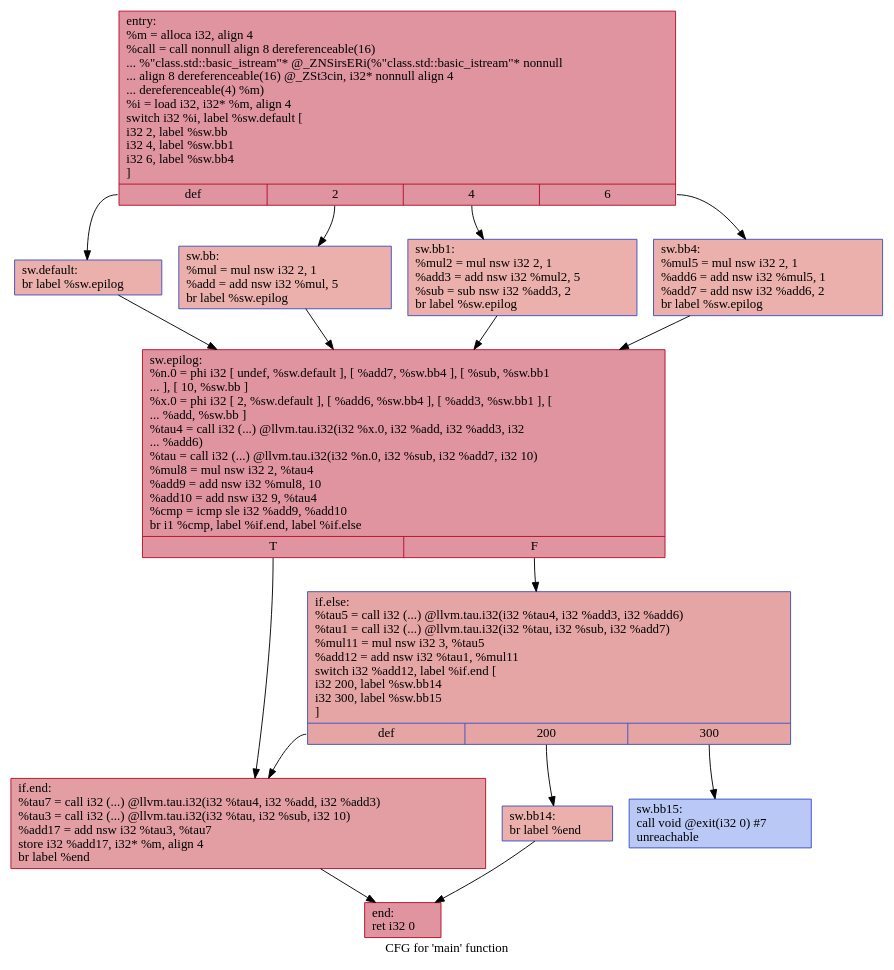
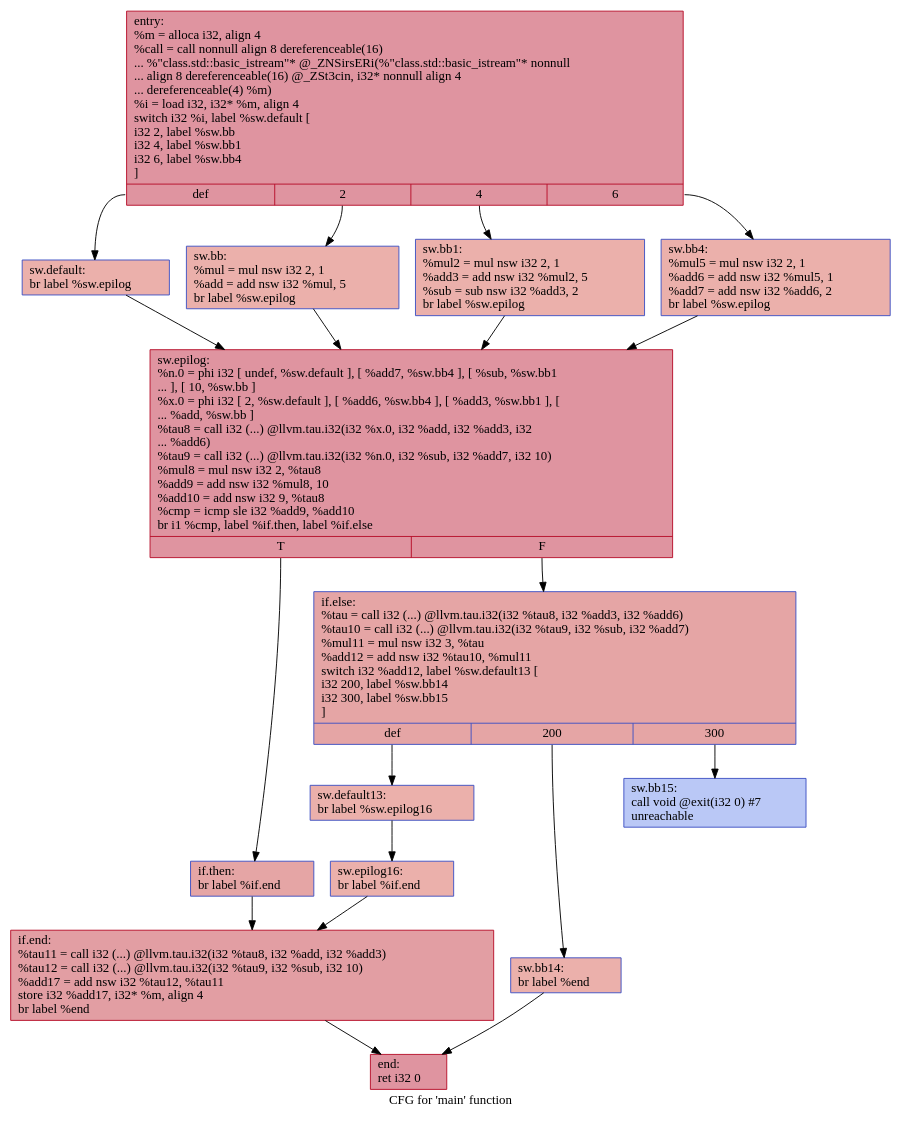
Before and after one commit to HPSSA-LLVM/HPSSA-LLVM: the diagram in IR/cfg/afterHPSSA.dot, drawn with Graphviz. The commit also changed 22 other files, not shown here.

```diff
--- a/IR/cfg/afterHPSSA.dot
+++ b/IR/cfg/afterHPSSA.dot
@@ -1,30 +1,36 @@
 digraph "CFG for 'main' function" {
 	label="CFG for 'main' function";
 
-	Node0x556ba44c41b0 [shape=record,color="#b70d28ff", style=filled, fillcolor="#b70d2870",label="{entry:\l  %m = alloca i32, align 4\l  %call = call nonnull align 8 dereferenceable(16)\l... %\"class.std::basic_istream\"* @_ZNSirsERi(%\"class.std::basic_istream\"* nonnull\l... align 8 dereferenceable(16) @_ZSt3cin, i32* nonnull align 4\l... dereferenceable(4) %m)\l  %i = load i32, i32* %m, align 4\l  switch i32 %i, label %sw.default [\l    i32 2, label %sw.bb\l    i32 4, label %sw.bb1\l    i32 6, label %sw.bb4\l  ]\l|{<s0>def|<s1>2|<s2>4|<s3>6}}"];
-	Node0x556ba44c41b0:s0 -> Node0x556ba44c45f0;
-	Node0x556ba44c41b0:s1 -> Node0x556ba44c4700;
-	Node0x556ba44c41b0:s2 -> Node0x556ba44c4800;
-	Node0x556ba44c41b0:s3 -> Node0x556ba44c4900;
-	Node0x556ba44c4700 [shape=record,color="#3d50c3ff", style=filled, fillcolor="#d24b4070",label="{sw.bb:                                            \l  %mul = mul nsw i32 2, 1\l  %add = add nsw i32 %mul, 5\l  br label %sw.epilog\l}"];
-	Node0x556ba44c4700 -> Node0x556ba44c4bb0;
-	Node0x556ba44c4800 [shape=record,color="#3d50c3ff", style=filled, fillcolor="#d24b4070",label="{sw.bb1:                                           \l  %mul2 = mul nsw i32 2, 1\l  %add3 = add nsw i32 %mul2, 5\l  %sub = sub nsw i32 %add3, 2\l  br label %sw.epilog\l}"];
-	Node0x556ba44c4800 -> Node0x556ba44c4bb0;
-	Node0x556ba44c4900 [shape=record,color="#3d50c3ff", style=filled, fillcolor="#d24b4070",label="{sw.bb4:                                           \l  %mul5 = mul nsw i32 2, 1\l  %add6 = add nsw i32 %mul5, 1\l  %add7 = add nsw i32 %add6, 2\l  br label %sw.epilog\l}"];
-	Node0x556ba44c4900 -> Node0x556ba44c4bb0;
-	Node0x556ba44c45f0 [shape=record,color="#3d50c3ff", style=filled, fillcolor="#d24b4070",label="{sw.default:                                       \l  br label %sw.epilog\l}"];
-	Node0x556ba44c45f0 -> Node0x556ba44c4bb0;
-	Node0x556ba44c4bb0 [shape=record,color="#b70d28ff", style=filled, fillcolor="#b70d2870",label="{sw.epilog:                                        \l  %n.0 = phi i32 [ undef, %sw.default ], [ %add7, %sw.bb4 ], [ %sub, %sw.bb1\l... ], [ 10, %sw.bb ]\l  %x.0 = phi i32 [ 2, %sw.default ], [ %add6, %sw.bb4 ], [ %add3, %sw.bb1 ], [\l... %add, %sw.bb ]\l  %tau4 = call i32 (...) @llvm.tau.i32(i32 %x.0, i32 %add, i32 %add3, i32\l... %add6)\l  %tau = call i32 (...) @llvm.tau.i32(i32 %n.0, i32 %sub, i32 %add7, i32 10)\l  %mul8 = mul nsw i32 2, %tau4\l  %add9 = add nsw i32 %mul8, 10\l  %add10 = add nsw i32 9, %tau4\l  %cmp = icmp sle i32 %add9, %add10\l  br i1 %cmp, label %if.end, label %if.else\l|{<s0>T|<s1>F}}"];
-	Node0x556ba44c4bb0:s0 -> Node0x556ba44c6400;
-	Node0x556ba44c4bb0:s1 -> Node0x556ba44c6470;
-	Node0x556ba44c6470 [shape=record,color="#3d50c3ff", style=filled, fillcolor="#c5333470",label="{if.else:                                          \l  %tau5 = call i32 (...) @llvm.tau.i32(i32 %tau4, i32 %add3, i32 %add6)\l  %tau1 = call i32 (...) @llvm.tau.i32(i32 %tau, i32 %sub, i32 %add7)\l  %mul11 = mul nsw i32 3, %tau5\l  %add12 = add nsw i32 %tau1, %mul11\l  switch i32 %add12, label %if.end [\l    i32 200, label %sw.bb14\l    i32 300, label %sw.bb15\l  ]\l|{<s0>def|<s1>200|<s2>300}}"];
-	Node0x556ba44c6470:s0 -> Node0x556ba44c6400;
-	Node0x556ba44c6470:s1 -> Node0x556ba44c6830;
-	Node0x556ba44c6470:s2 -> Node0x556ba44c68d0;
-	Node0x556ba44c6830 [shape=record,color="#3d50c3ff", style=filled, fillcolor="#d24b4070",label="{sw.bb14:                                          \l  br label %end\l}"];
-	Node0x556ba44c6830 -> Node0x556ba44c6a60;
-	Node0x556ba44c68d0 [shape=record,color="#3d50c3ff", style=filled, fillcolor="#6282ea70",label="{sw.bb15:                                          \l  call void @exit(i32 0) #7\l  unreachable\l}"];
-	Node0x556ba44c6400 [shape=record,color="#b70d28ff", style=filled, fillcolor="#be242e70",label="{if.end:                                           \l  %tau7 = call i32 (...) @llvm.tau.i32(i32 %tau4, i32 %add, i32 %add3)\l  %tau3 = call i32 (...) @llvm.tau.i32(i32 %tau, i32 %sub, i32 10)\l  %add17 = add nsw i32 %tau3, %tau7\l  store i32 %add17, i32* %m, align 4\l  br label %end\l}"];
-	Node0x556ba44c6400 -> Node0x556ba44c6a60;
-	Node0x556ba44c6a60 [shape=record,color="#b70d28ff", style=filled, fillcolor="#b70d2870",label="{end:                                              \l  ret i32 0\l}"];
+	Node0x55f9e4da12b0 [shape=record,color="#b70d28ff", style=filled, fillcolor="#b70d2870",label="{entry:\l  %m = alloca i32, align 4\l  %call = call nonnull align 8 dereferenceable(16)\l... %\"class.std::basic_istream\"* @_ZNSirsERi(%\"class.std::basic_istream\"* nonnull\l... align 8 dereferenceable(16) @_ZSt3cin, i32* nonnull align 4\l... dereferenceable(4) %m)\l  %i = load i32, i32* %m, align 4\l  switch i32 %i, label %sw.default [\l    i32 2, label %sw.bb\l    i32 4, label %sw.bb1\l    i32 6, label %sw.bb4\l  ]\l|{<s0>def|<s1>2|<s2>4|<s3>6}}"];
+	Node0x55f9e4da12b0:s0 -> Node0x55f9e4da16f0;
+	Node0x55f9e4da12b0:s1 -> Node0x55f9e4da1800;
+	Node0x55f9e4da12b0:s2 -> Node0x55f9e4da1900;
+	Node0x55f9e4da12b0:s3 -> Node0x55f9e4da1a00;
+	Node0x55f9e4da1800 [shape=record,color="#3d50c3ff", style=filled, fillcolor="#d24b4070",label="{sw.bb:                                            \l  %mul = mul nsw i32 2, 1\l  %add = add nsw i32 %mul, 5\l  br label %sw.epilog\l}"];
+	Node0x55f9e4da1800 -> Node0x55f9e4da1cb0;
+	Node0x55f9e4da1900 [shape=record,color="#3d50c3ff", style=filled, fillcolor="#d24b4070",label="{sw.bb1:                                           \l  %mul2 = mul nsw i32 2, 1\l  %add3 = add nsw i32 %mul2, 5\l  %sub = sub nsw i32 %add3, 2\l  br label %sw.epilog\l}"];
+	Node0x55f9e4da1900 -> Node0x55f9e4da1cb0;
+	Node0x55f9e4da1a00 [shape=record,color="#3d50c3ff", style=filled, fillcolor="#d24b4070",label="{sw.bb4:                                           \l  %mul5 = mul nsw i32 2, 1\l  %add6 = add nsw i32 %mul5, 1\l  %add7 = add nsw i32 %add6, 2\l  br label %sw.epilog\l}"];
+	Node0x55f9e4da1a00 -> Node0x55f9e4da1cb0;
+	Node0x55f9e4da16f0 [shape=record,color="#3d50c3ff", style=filled, fillcolor="#d24b4070",label="{sw.default:                                       \l  br label %sw.epilog\l}"];
+	Node0x55f9e4da16f0 -> Node0x55f9e4da1cb0;
+	Node0x55f9e4da1cb0 [shape=record,color="#b70d28ff", style=filled, fillcolor="#b70d2870",label="{sw.epilog:                                        \l  %n.0 = phi i32 [ undef, %sw.default ], [ %add7, %sw.bb4 ], [ %sub, %sw.bb1\l... ], [ 10, %sw.bb ]\l  %x.0 = phi i32 [ 2, %sw.default ], [ %add6, %sw.bb4 ], [ %add3, %sw.bb1 ], [\l... %add, %sw.bb ]\l  %tau8 = call i32 (...) @llvm.tau.i32(i32 %x.0, i32 %add, i32 %add3, i32\l... %add6)\l  %tau9 = call i32 (...) @llvm.tau.i32(i32 %n.0, i32 %sub, i32 %add7, i32 10)\l  %mul8 = mul nsw i32 2, %tau8\l  %add9 = add nsw i32 %mul8, 10\l  %add10 = add nsw i32 9, %tau8\l  %cmp = icmp sle i32 %add9, %add10\l  br i1 %cmp, label %if.then, label %if.else\l|{<s0>T|<s1>F}}"];
+	Node0x55f9e4da1cb0:s0 -> Node0x55f9e4da3500;
+	Node0x55f9e4da1cb0:s1 -> Node0x55f9e4da3570;
+	Node0x55f9e4da3500 [shape=record,color="#3d50c3ff", style=filled, fillcolor="#c5333470",label="{if.then:                                          \l  br label %if.end\l}"];
+	Node0x55f9e4da3500 -> Node0x55f9e4da3690;
+	Node0x55f9e4da3570 [shape=record,color="#3d50c3ff", style=filled, fillcolor="#c5333470",label="{if.else:                                          \l  %tau = call i32 (...) @llvm.tau.i32(i32 %tau8, i32 %add3, i32 %add6)\l  %tau10 = call i32 (...) @llvm.tau.i32(i32 %tau9, i32 %sub, i32 %add7)\l  %mul11 = mul nsw i32 3, %tau\l  %add12 = add nsw i32 %tau10, %mul11\l  switch i32 %add12, label %sw.default13 [\l    i32 200, label %sw.bb14\l    i32 300, label %sw.bb15\l  ]\l|{<s0>def|<s1>200|<s2>300}}"];
+	Node0x55f9e4da3570:s0 -> Node0x55f9e4da39e0;
+	Node0x55f9e4da3570:s1 -> Node0x55f9e4da3a90;
+	Node0x55f9e4da3570:s2 -> Node0x55f9e4da3b30;
+	Node0x55f9e4da39e0 [shape=record,color="#3d50c3ff", style=filled, fillcolor="#d24b4070",label="{sw.default13:                                     \l  br label %sw.epilog16\l}"];
+	Node0x55f9e4da39e0 -> Node0x55f9e4da3d20;
+	Node0x55f9e4da3a90 [shape=record,color="#3d50c3ff", style=filled, fillcolor="#d24b4070",label="{sw.bb14:                                          \l  br label %end\l}"];
+	Node0x55f9e4da3a90 -> Node0x55f9e4da3e10;
+	Node0x55f9e4da3b30 [shape=record,color="#3d50c3ff", style=filled, fillcolor="#6282ea70",label="{sw.bb15:                                          \l  call void @exit(i32 0) #7\l  unreachable\l}"];
+	Node0x55f9e4da3d20 [shape=record,color="#3d50c3ff", style=filled, fillcolor="#d24b4070",label="{sw.epilog16:                                      \l  br label %if.end\l}"];
+	Node0x55f9e4da3d20 -> Node0x55f9e4da3690;
+	Node0x55f9e4da3690 [shape=record,color="#b70d28ff", style=filled, fillcolor="#be242e70",label="{if.end:                                           \l  %tau11 = call i32 (...) @llvm.tau.i32(i32 %tau8, i32 %add, i32 %add3)\l  %tau12 = call i32 (...) @llvm.tau.i32(i32 %tau9, i32 %sub, i32 10)\l  %add17 = add nsw i32 %tau12, %tau11\l  store i32 %add17, i32* %m, align 4\l  br label %end\l}"];
+	Node0x55f9e4da3690 -> Node0x55f9e4da3e10;
+	Node0x55f9e4da3e10 [shape=record,color="#b70d28ff", style=filled, fillcolor="#b70d2870",label="{end:                                              \l  ret i32 0\l}"];
 }
```
